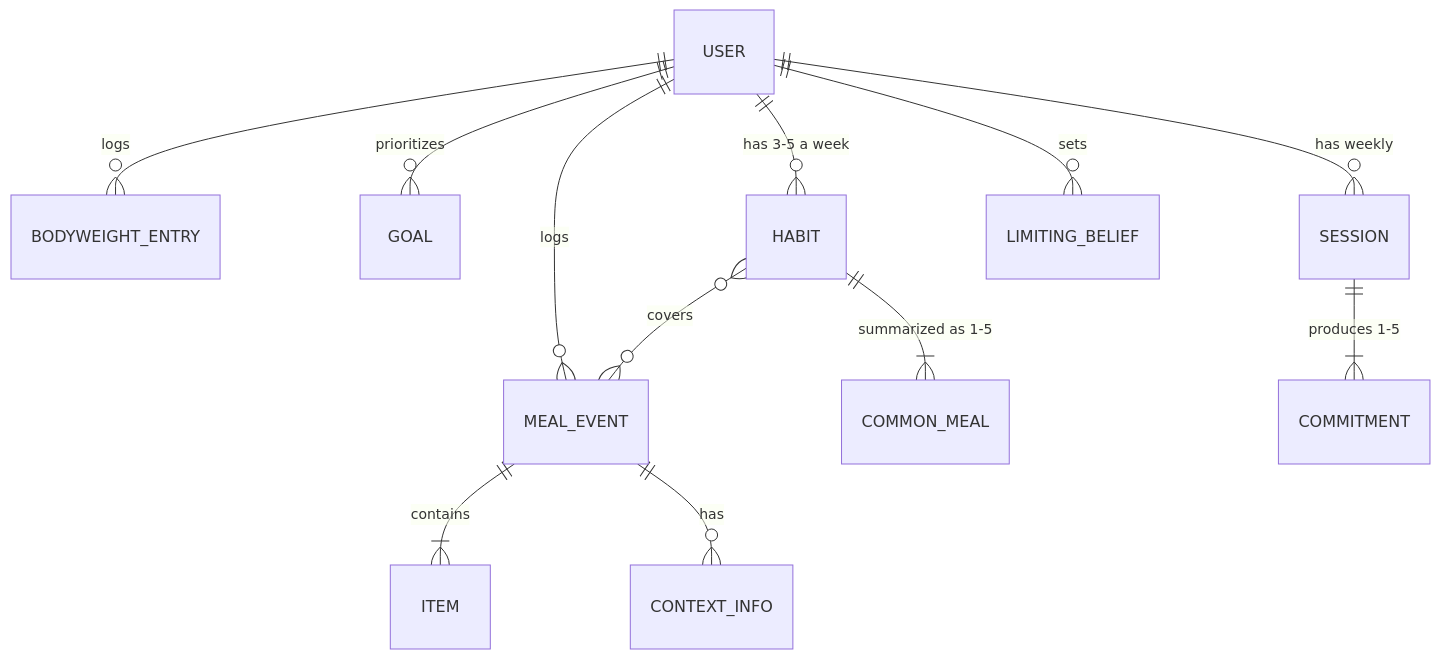
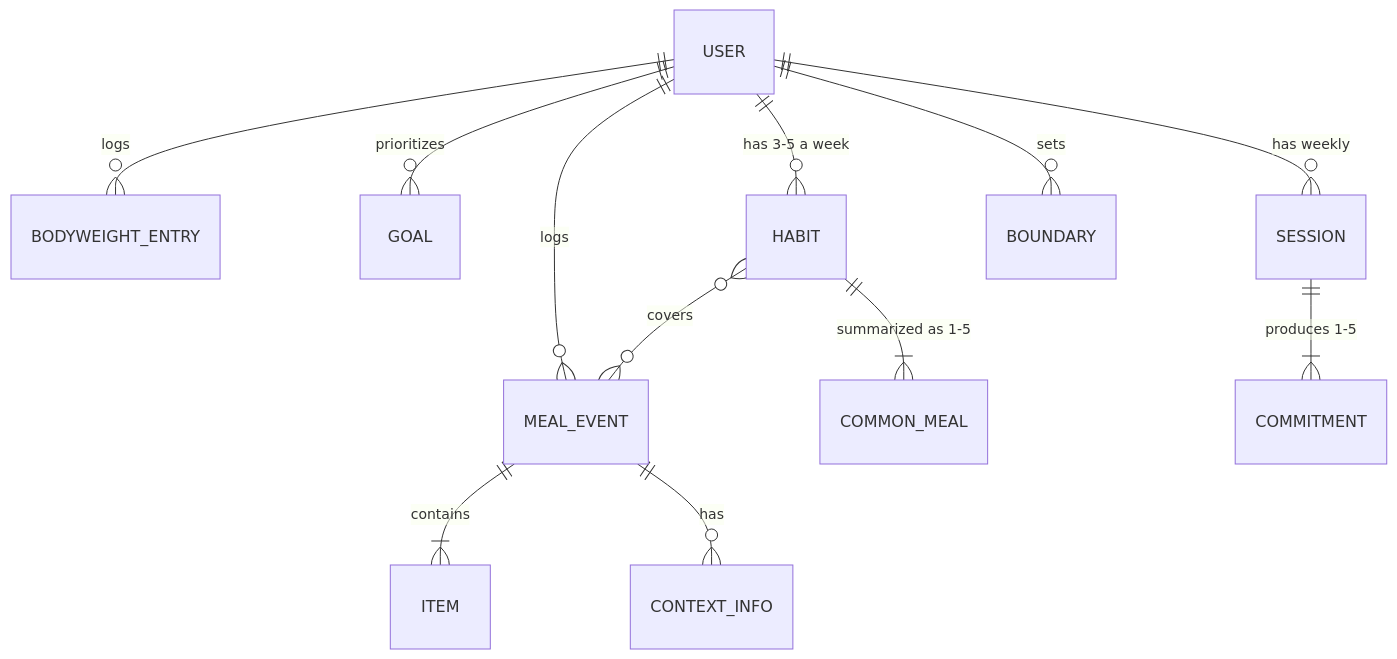
Before and after one commit to odymosgr/ai-powered-eating-habits: the third of 7 diagrams in administration/docs/product-plan.md, drawn with Mermaid. The commit also changed other lines of this file and 1 other file, not shown here.

````diff
--- a/administration/docs/product-plan.md
+++ b/administration/docs/product-plan.md
@@ -146,14 +152,14 @@
 ```mermaid
 erDiagram
     USER ||--o{ BODYWEIGHT_ENTRY : logs
     USER ||--o{ MEAL_EVENT : logs
     MEAL_EVENT ||--|{ ITEM : contains
     MEAL_EVENT ||--o{ CONTEXT_INFO : has
     USER ||--o{ GOAL : prioritizes
     USER ||--o{ HABIT : "has 3-5 a week"
     HABIT }o--o{ MEAL_EVENT : covers
     HABIT ||--|{ COMMON_MEAL : "summarized as 1-5"
     USER ||--o{ SESSION : "has weekly"
     SESSION ||--|{ COMMITMENT : "produces 1-5"
-    USER ||--o{ LIMITING_BELIEF : sets
+    USER ||--o{ BOUNDARY : sets
 ```
````
